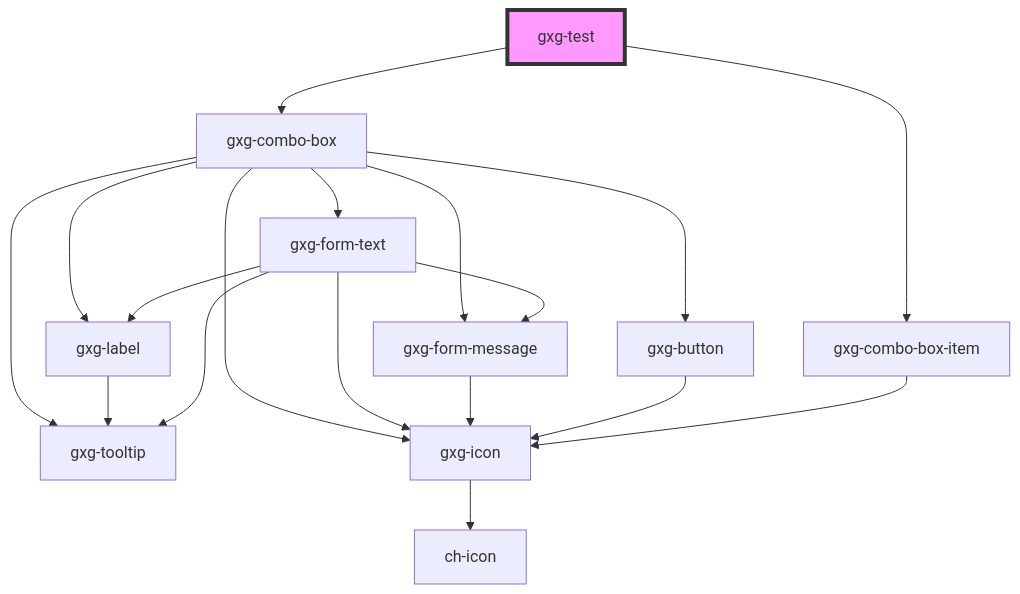
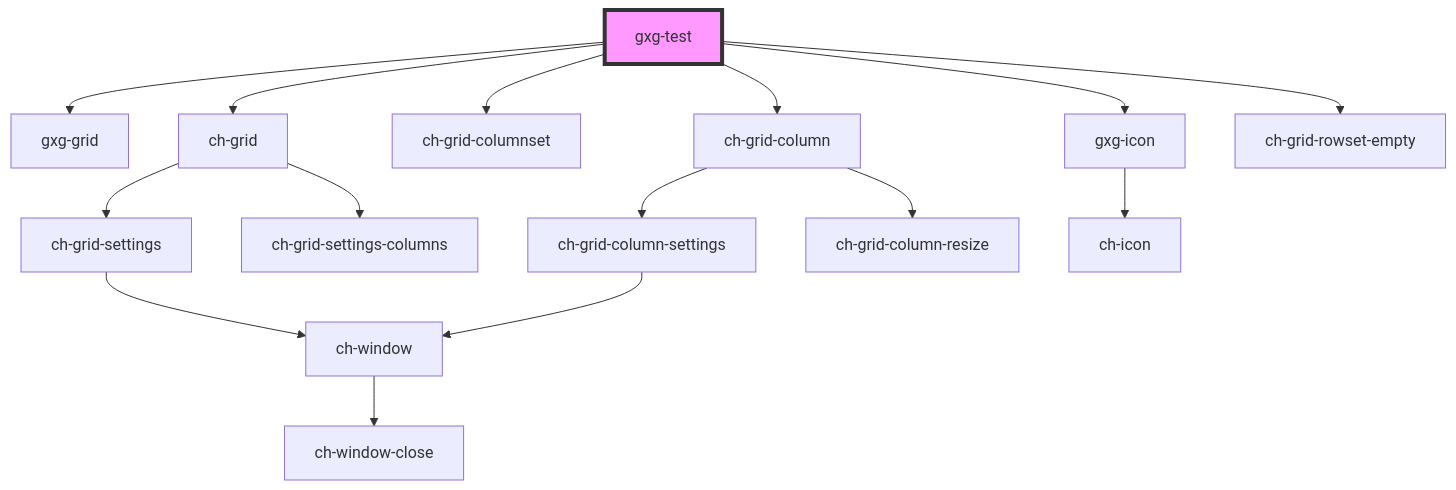
One commit to genexuslabs/gemini changed the diagram in src/components/test/readme.md. Above: the diagram before and after it, drawn with Mermaid. The commit also changed other lines of this file and 13 other files, not shown here.

````diff
--- a/src/components/test/readme.md
+++ b/src/components/test/readme.md
@@ -14,21 +18,18 @@
 ```mermaid
 graph TD;
-  gxg-test --> gxg-combo-box
-  gxg-test --> gxg-combo-box-item
-  gxg-combo-box --> gxg-label
-  gxg-combo-box --> gxg-form-text
-  gxg-combo-box --> gxg-button
-  gxg-combo-box --> gxg-form-message
-  gxg-combo-box --> gxg-tooltip
-  gxg-combo-box --> gxg-icon
-  gxg-label --> gxg-tooltip
-  gxg-form-text --> gxg-icon
-  gxg-form-text --> gxg-label
-  gxg-form-text --> gxg-form-message
-  gxg-form-text --> gxg-tooltip
+  gxg-test --> gxg-grid
+  gxg-test --> ch-grid
+  gxg-test --> ch-grid-columnset
+  gxg-test --> ch-grid-column
+  gxg-test --> gxg-icon
+  gxg-test --> ch-grid-rowset-empty
+  ch-grid --> ch-grid-settings
+  ch-grid --> ch-grid-settings-columns
+  ch-grid-settings --> ch-window
+  ch-window --> ch-window-close
+  ch-grid-column --> ch-grid-column-settings
+  ch-grid-column --> ch-grid-column-resize
+  ch-grid-column-settings --> ch-window
   gxg-icon --> ch-icon
-  gxg-form-message --> gxg-icon
-  gxg-button --> gxg-icon
-  gxg-combo-box-item --> gxg-icon
   style gxg-test fill:#f9f,stroke:#333,stroke-width:4px
 ```
````
